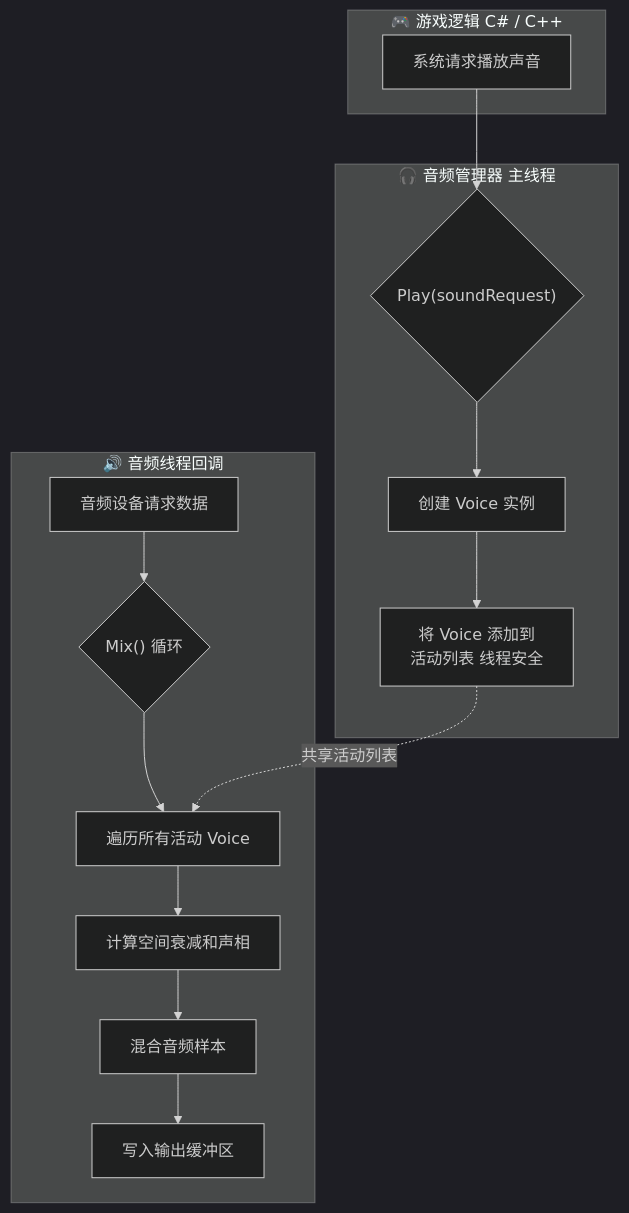
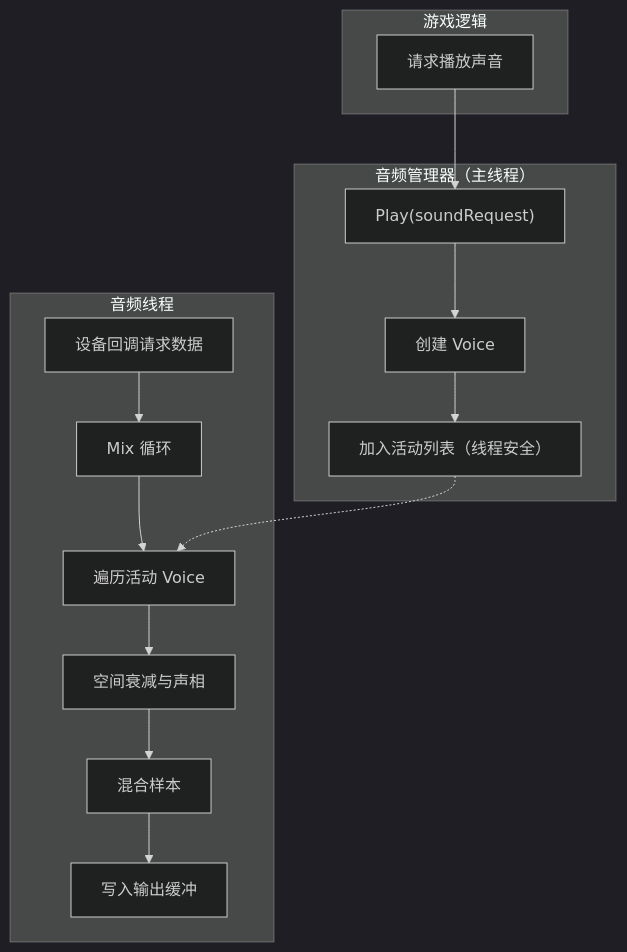
One commit to NGLSG/Luma changed the ninth of 11 diagrams in ARCHITECTURE.md. Above: the diagram before and after it, drawn with Mermaid (dark theme). The commit also changed other lines of this file and 27 other files, not shown here.

````diff
--- a/ARCHITECTURE.md
+++ b/ARCHITECTURE.md
@@ -233,30 +214,25 @@
 ```mermaid
 graph TD
-    subgraph "🎮 游戏逻辑 C# / C++"
-        A["系统请求播放声音"]
+    subgraph "游戏逻辑"
+        A[请求播放声音]
     end
 
-    subgraph "🎧 音频管理器 主线程"
-        B{"Play(soundRequest)"}
-        C["创建 Voice 实例"]
-        D["将 Voice 添加到<br/>活动列表 线程安全"]
+    subgraph "音频管理器（主线程）"
+        B["Play(soundRequest)"]
+        C["创建 Voice"]
+        D["加入活动列表（线程安全）"]
     end
 
-    subgraph "🔊 音频线程回调"
-        E["音频设备请求数据"]
-        F{"Mix() 循环"}
-        G["遍历所有活动 Voice"]
-        H["计算空间衰减和声相"]
-        I["混合音频样本"]
-        J["写入输出缓冲区"]
+    subgraph "音频线程"
+        E["设备回调请求数据"]
+        F["Mix 循环"]
+        G["遍历活动 Voice"]
+        H["空间衰减与声相"]
+        I["混合样本"]
+        J["写入输出缓冲"]
     end
 
-%% 定义主线程逻辑
     A --> B --> C --> D
-
-%% 定义音频线程逻辑
     E --> F --> G --> H --> I --> J
-
-%% 定义跨线程交互
-    D -.->|共享活动列表| G
+    D -.-> G
 ```
````
